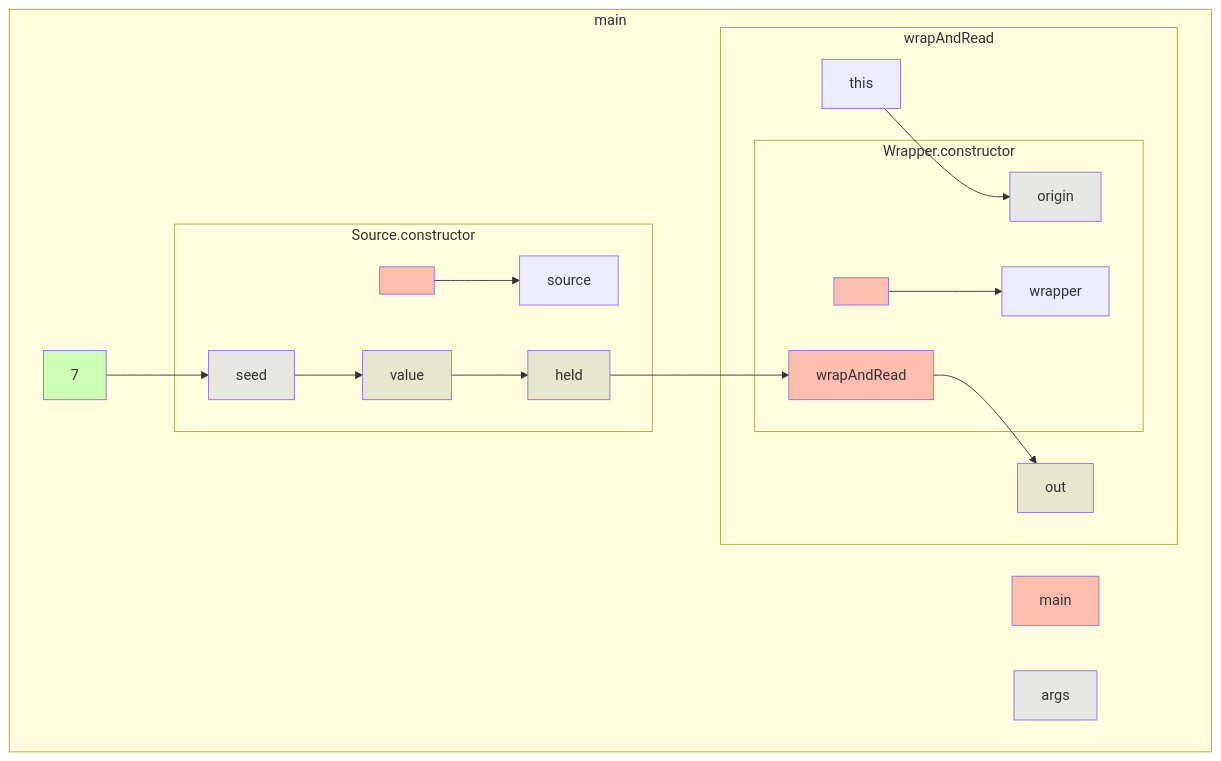
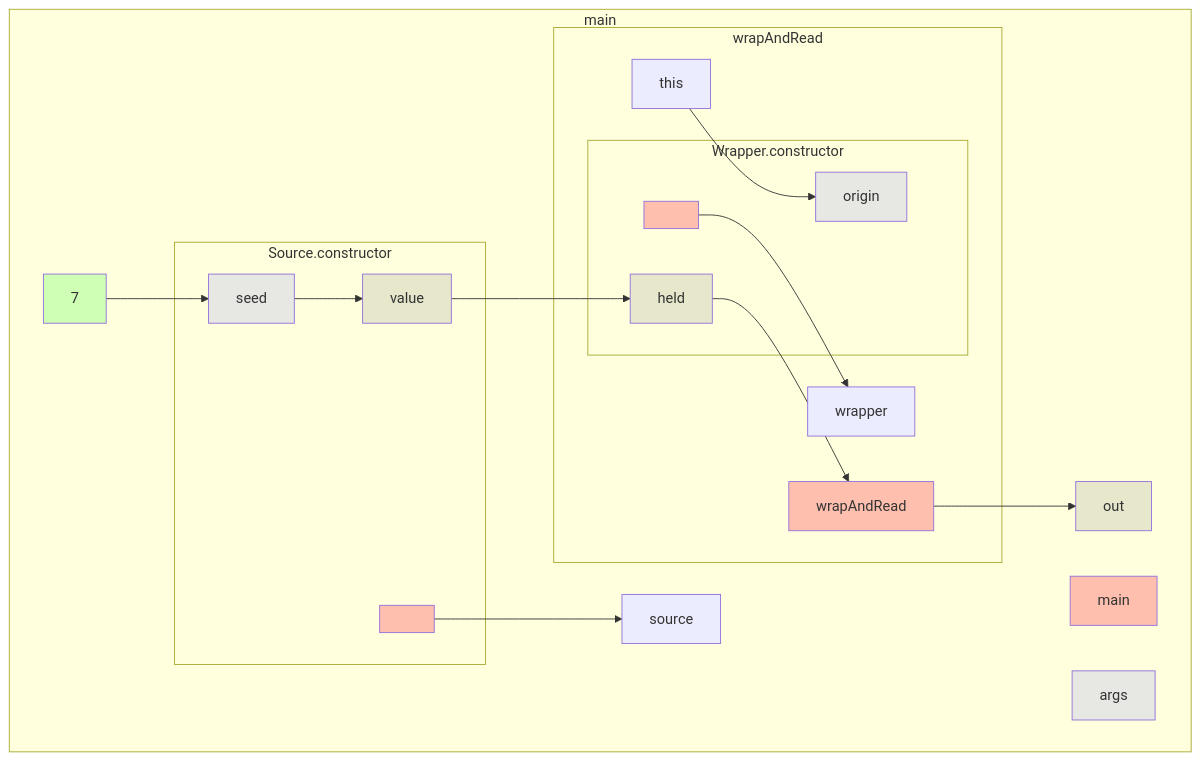
One commit to gstiebler/codeflow changed the diagram in app/src/test/resources/thisReference/truth.md. Above: the diagram before and after it, drawn with Mermaid. The commit also changed 34 other files, not shown here.

````diff
--- a/app/src/test/resources/thisReference/truth.md
+++ b/app/src/test/resources/thisReference/truth.md
@@ -1,40 +1,40 @@
 ```mermaid
 flowchart TD
   subgraph b0["main"]
     n1[main]:::RETURN
     n2[args]:::FUNC_PARAM
     n3[7]:::LITERAL
     n8[source]:::OBJ_VARIABLE
     n17[out]:::VARIABLE
     n3[7]:::LITERAL --> n6[seed]:::FUNC_PARAM
+    n5[<init>]:::RETURN --> n8[source]:::OBJ_VARIABLE
+    n7[value]:::VARIABLE --> n15[held]:::VARIABLE
+    n10[wrapAndRead]:::RETURN --> n17[out]:::VARIABLE
     subgraph b4["Source.constructor"]
       n5[<init>]:::RETURN
       n6[seed]:::FUNC_PARAM
       n7[value]:::VARIABLE
-      n5[<init>]:::RETURN --> n8[source]:::OBJ_VARIABLE
       n6[seed]:::FUNC_PARAM --> n7[value]:::VARIABLE
-      n7[value]:::VARIABLE --> n15[held]:::VARIABLE
     end
     subgraph b9["wrapAndRead"]
       n10[wrapAndRead]:::RETURN
       n11[this]:::OBJ_VARIABLE
       n16[wrapper]:::OBJ_VARIABLE
-      n10[wrapAndRead]:::RETURN --> n17[out]:::VARIABLE
       n11[this]:::OBJ_VARIABLE --> n14[origin]:::FUNC_PARAM
+      n13[<init>]:::RETURN --> n16[wrapper]:::OBJ_VARIABLE
+      n15[held]:::VARIABLE --> n10[wrapAndRead]:::RETURN
       subgraph b12["Wrapper.constructor"]
         n13[<init>]:::RETURN
         n14[origin]:::FUNC_PARAM
         n15[held]:::VARIABLE
-        n13[<init>]:::RETURN --> n16[wrapper]:::OBJ_VARIABLE
-        n15[held]:::VARIABLE --> n10[wrapAndRead]:::RETURN
       end
     end
   end
   classDef LITERAL fill:#00FF0030
   classDef VARIABLE fill:#80808030
   classDef BIN_OP fill:#80808080
   classDef FUNC_PARAM fill:#8080FF30
   classDef RETURN fill:#FF808080
   classDef EXTERNAL fill:#FFA50040
   classDef UNMODELLED fill:#FF000030,stroke-dasharray: 4 2
 ```
````
